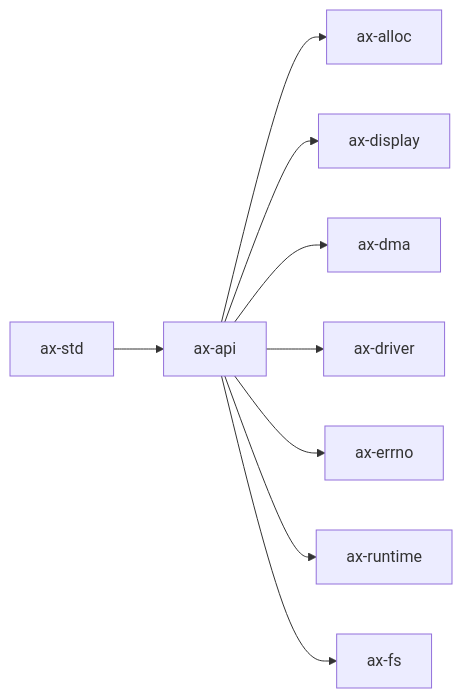
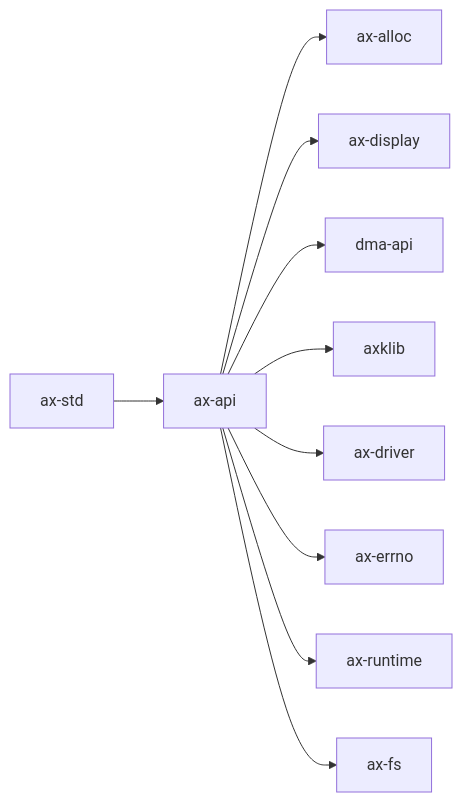
The diagram in docs/docs/components/crates/ax-api.md (rcore-os/tgoskits), drawn with Mermaid before and after one commit. The commit also changed other lines of this file and 80 other files, not shown here.

Commit message:
fix(dma-api): retire legacy axdma release paths

````diff
--- a/docs/docs/components/crates/ax-api.md
+++ b/docs/docs/components/crates/ax-api.md
@@ -32,12 +32,13 @@
 ```mermaid
 graph LR
     current["ax-api"]
     current --> ax-alloc["ax-alloc"]
     current --> ax-display["ax-display"]
-    current --> ax_dma["ax-dma"]
+    current --> dma_api["dma-api"]
+    current --> axklib["axklib"]
     current --> ax-driver["ax-driver"]
     current --> ax_errno["ax-errno"]
     current --> ax-runtime["ax-runtime"]
     current --> ax-fs["ax-fs"]
     ax_std["ax-std"] --> current
 ```
````
